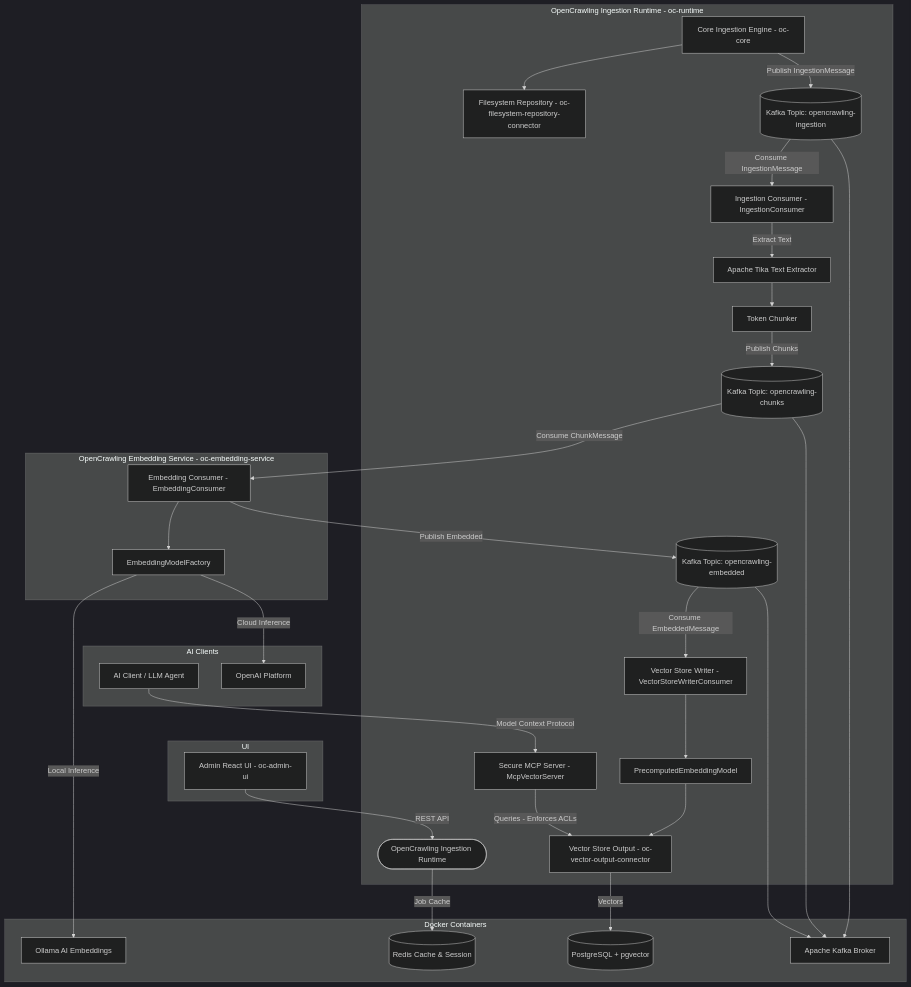
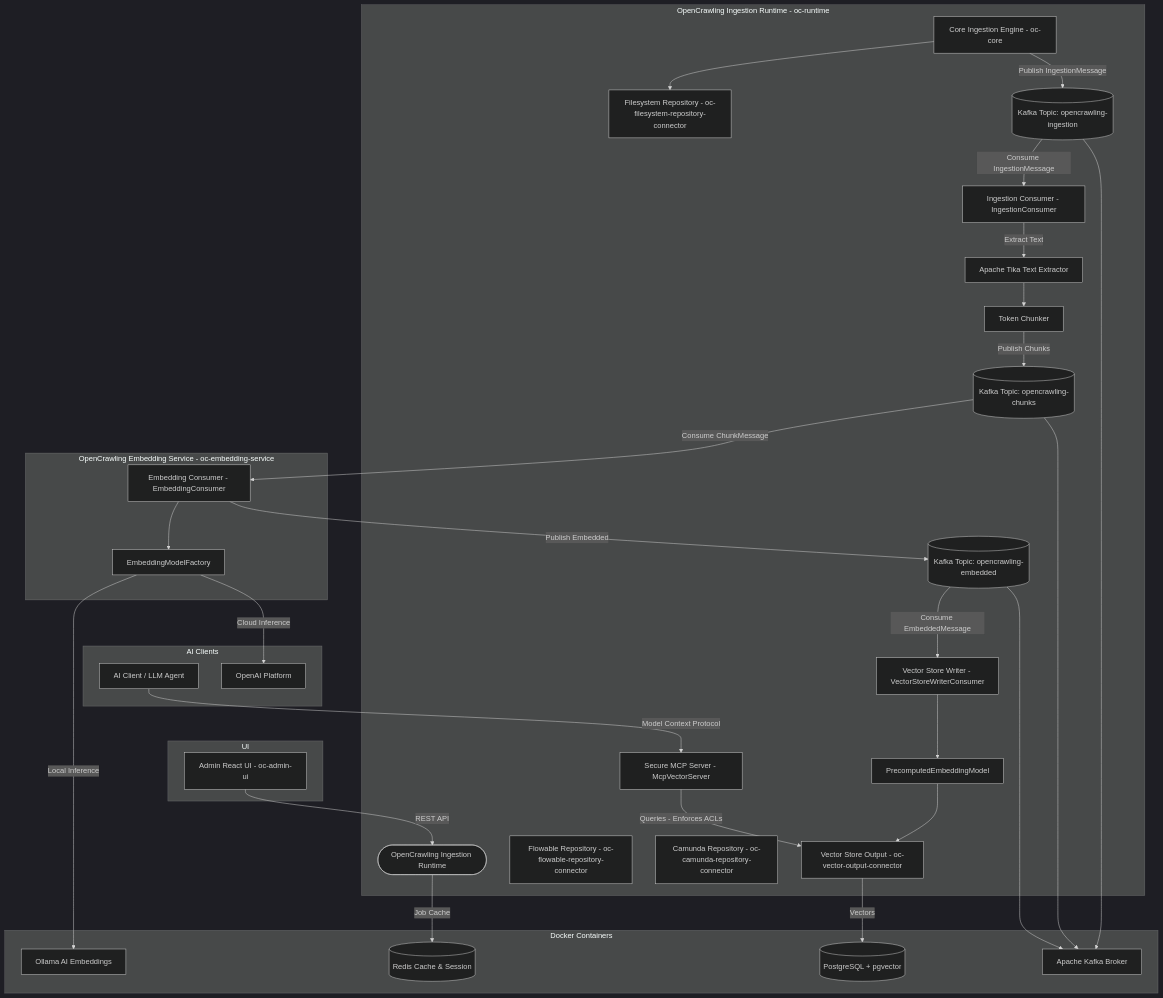
The diagram in README.md (michaelcizmar/opencrawling), drawn with Mermaid (dark theme) before and after one commit. The commit also changed other lines of this file and 16 other files, not shown here.

Commit message:
first commit for the Camunda Repository Connector (#36)

````diff
--- a/README.md
+++ b/README.md
@@ -46,71 +47,73 @@
 ```mermaid
 graph TD
     subgraph UI
         UI_App[Admin React UI - oc-admin-ui]
     end
 
     subgraph PlatformRuntime [OpenCrawling Ingestion Runtime - oc-runtime]
         Runtime_Node([OpenCrawling Ingestion Runtime])
         Core[Core Ingestion Engine - oc-core]
         FS_Conn[Filesystem Repository - oc-filesystem-repository-connector]
+        Flowable_Conn[Flowable Repository - oc-flowable-repository-connector]
+        Camunda_Conn[Camunda Repository - oc-camunda-repository-connector]
         
         Ing_Cons[Ingestion Consumer - IngestionConsumer]
         Tika[Apache Tika Text Extractor]
         Chunker[Token Chunker]
         
         Writer_Cons[Vector Store Writer - VectorStoreWriterConsumer]
         Precompute_Model[PrecomputedEmbeddingModel]
         Vec_Conn[Vector Store Output - oc-vector-output-connector]
 
         McpServer[Secure MCP Server - McpVectorServer]
         
         Core --> FS_Conn
         Core -->|Publish IngestionMessage| Ingest_Topic[(Kafka Topic: opencrawling-ingestion)]
         
         Ingest_Topic -->|Consume IngestionMessage| Ing_Cons
         Ing_Cons -->|Extract Text| Tika
         Tika --> Chunker
         Chunker -->|Publish Chunks| Chunk_Topic[(Kafka Topic: opencrawling-chunks)]
         
         Embed_Topic[(Kafka Topic: opencrawling-embedded)] -->|Consume EmbeddedMessage| Writer_Cons
         Writer_Cons --> Precompute_Model
         Precompute_Model --> Vec_Conn
 
         McpServer -->|Queries - Enforces ACLs| Vec_Conn
     end
 
     subgraph Embedding Service [OpenCrawling Embedding Service - oc-embedding-service]
         Embed_Cons[Embedding Consumer - EmbeddingConsumer]
         Model_Factory[EmbeddingModelFactory]
         
         Chunk_Topic -->|Consume ChunkMessage| Embed_Cons
         Embed_Cons --> Model_Factory
         Embed_Cons -->|Publish Embedded| Embed_Topic
     end
 
     subgraph Infrastructure [Docker Containers]
         PG[(PostgreSQL + pgvector)]
         Redis[(Redis Cache & Session)]
         Ollama[Ollama AI Embeddings]
         Kafka_Broker[Apache Kafka Broker]
     end
 
     subgraph External [AI Clients]
         LLM[AI Client / LLM Agent]
         OpenAI[OpenAI Platform]
     end
 
     UI_App -->|REST API| Runtime_Node
     Vec_Conn -->|Vectors| PG
     Runtime_Node -->|Job Cache| Redis
     
     Model_Factory -->|Local Inference| Ollama
     Model_Factory -->|Cloud Inference| OpenAI
     
     Ingest_Topic --> Kafka_Broker
     Chunk_Topic --> Kafka_Broker
     Embed_Topic --> Kafka_Broker
 
     LLM -->|Model Context Protocol| McpServer
 
 ```
````
